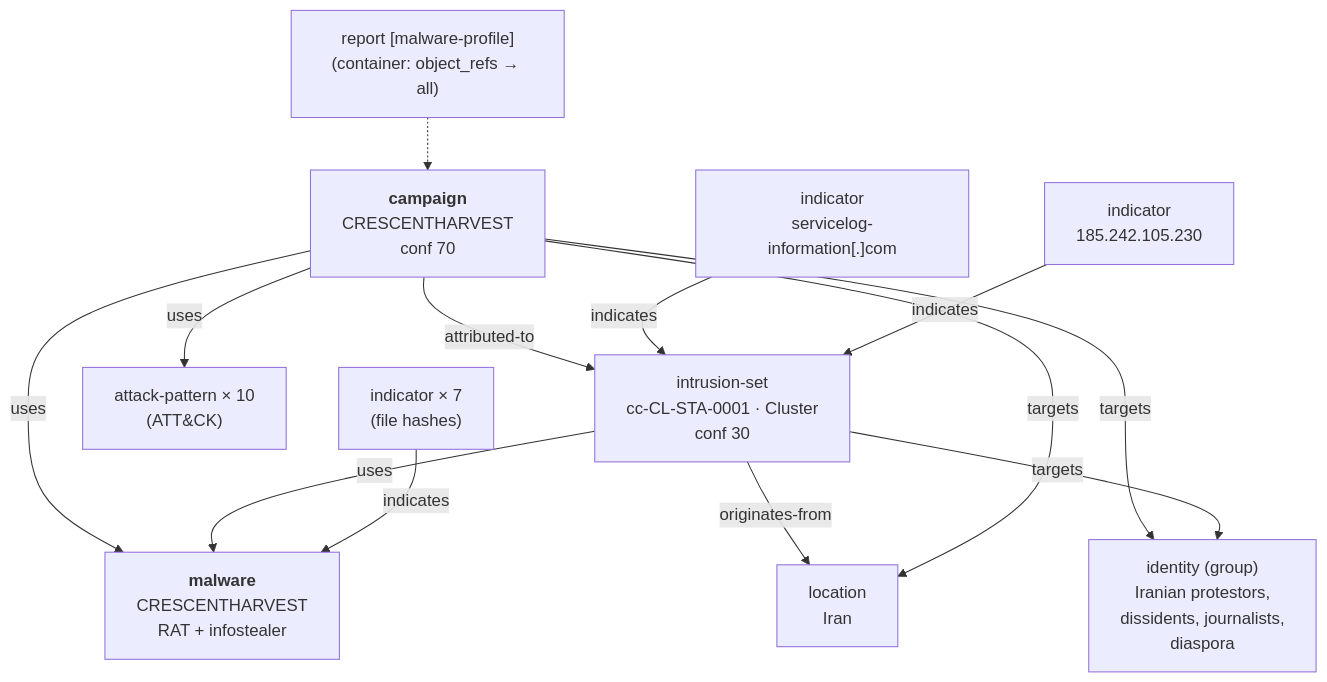
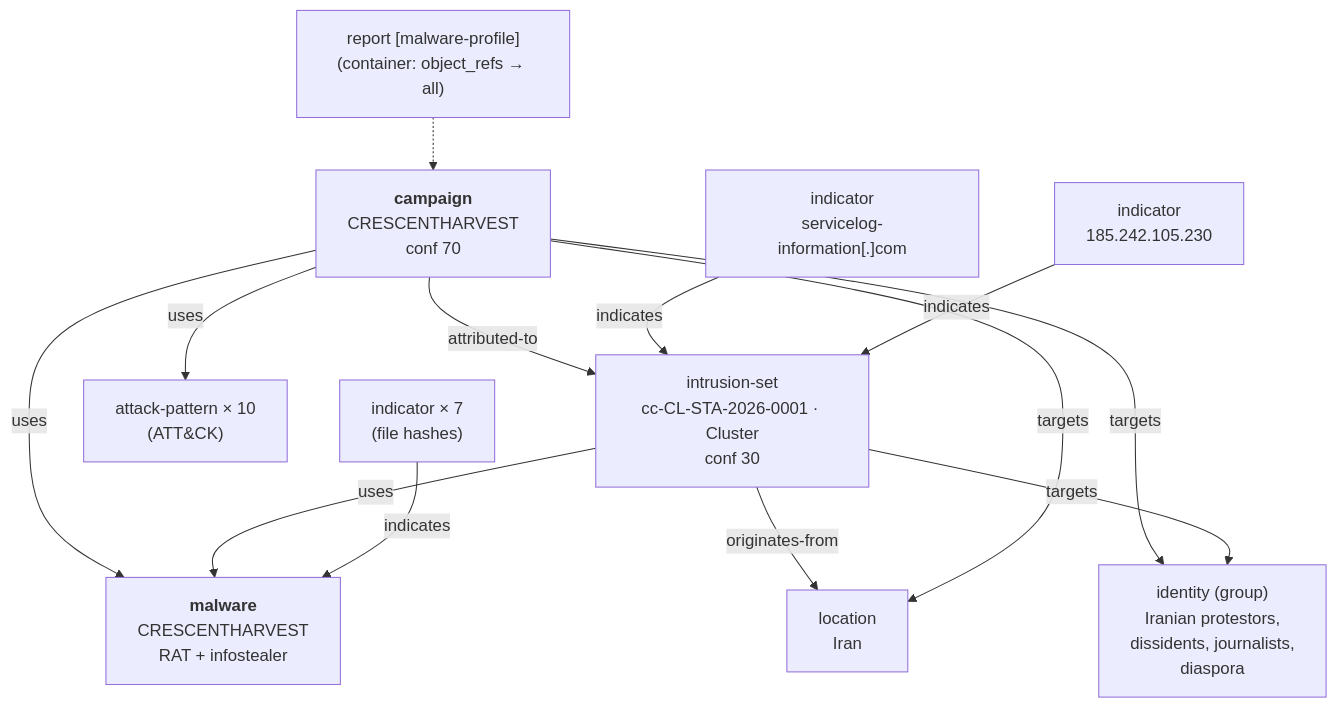
Before and after one commit to CTI-Center/PatchWork: the diagram in docs/Real-Examples/CRESCENTHARVEST.md, drawn with Mermaid. The commit also changed other lines of this file and 79 other files, not shown here.

````diff
--- a/docs/Real-Examples/CRESCENTHARVEST.md
+++ b/docs/Real-Examples/CRESCENTHARVEST.md
@@ -129,15 +129,15 @@
 ```mermaid
 flowchart TB
   RPT["report [malware-profile]<br/>(container: object_refs → all)"] -.-> CAM
-  CAM["<b>campaign</b><br/>CRESCENTHARVEST<br/>conf 70"] -->|attributed-to| IS["intrusion-set<br/>cc-CL-STA-0001 · Cluster<br/>conf 30"]
+  CAM["<b>campaign</b><br/>CRESCENTHARVEST<br/>conf 70"] -->|attributed-to| IS["intrusion-set<br/>cc-CL-STA-2026-0001 · Cluster<br/>conf 30"]
   CAM -->|uses| MAL["<b>malware</b><br/>CRESCENTHARVEST<br/>RAT + infostealer"]
   IS -->|uses| MAL
   IS -->|originates-from| IRAN["location<br/>Iran"]
   CAM -->|targets| VIC["identity (group)<br/>Iranian protestors,<br/>dissidents, journalists,<br/>diaspora"]
   CAM -->|targets| IRAN
   IS -->|targets| VIC
   CAM -->|uses| AP["attack-pattern × 10<br/>(ATT&CK)"]
   FIND["indicator × 7<br/>(file hashes)"] -->|indicates| MAL
   DOMIND["indicator<br/>servicelog-information[.]com"] -->|indicates| IS
   IPIND["indicator<br/>185.242.105.230"] -->|indicates| IS
 ```
````
